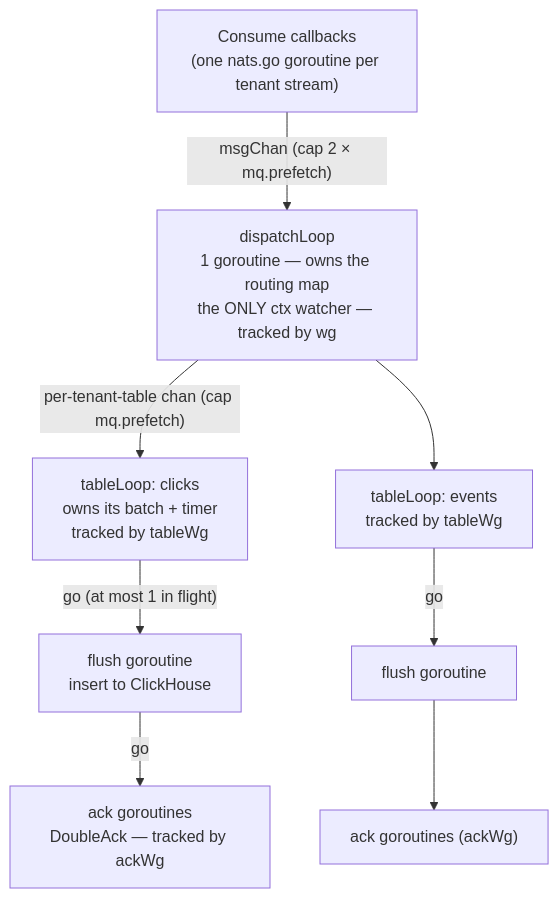
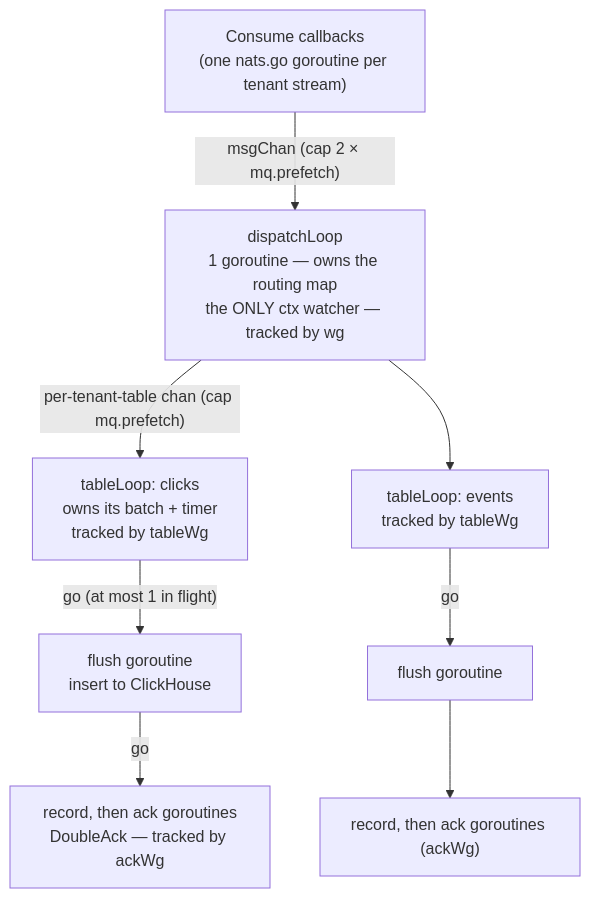
The third of 7 diagrams in docs/src/content/docs/ingest-pipeline.md (Wave-RF/WaveHouse), drawn with Mermaid before and after one commit. The commit also changed other lines of this file and 89 other files, not shown here.

````diff
--- a/docs/src/content/docs/ingest-pipeline.md
+++ b/docs/src/content/docs/ingest-pipeline.md
@@ -99,11 +102,11 @@
 ```mermaid
 flowchart TD
     CB["Consume callbacks<br/>(one nats.go goroutine per tenant stream)"] -->|"msgChan (cap 2 × mq.prefetch)"| D
     D["dispatchLoop<br/>1 goroutine — owns the routing map<br/>the ONLY ctx watcher — tracked by wg"]
     D -->|"per-tenant-table chan (cap mq.prefetch)"| T1["tableLoop: clicks<br/>owns its batch + timer<br/>tracked by tableWg"]
     D --> T2["tableLoop: events<br/>tracked by tableWg"]
     T1 -->|"go (at most 1 in flight)"| F1["flush goroutine<br/>insert to ClickHouse"]
-    F1 -->|"go"| A1["ack goroutines<br/>DoubleAck — tracked by ackWg"]
+    F1 -->|"go"| A1["record, then ack goroutines<br/>DoubleAck — tracked by ackWg"]
     T2 -->|"go"| F2["flush goroutine"]
-    F2 --> A2["ack goroutines (ackWg)"]
+    F2 --> A2["record, then ack goroutines (ackWg)"]
 ```
````
